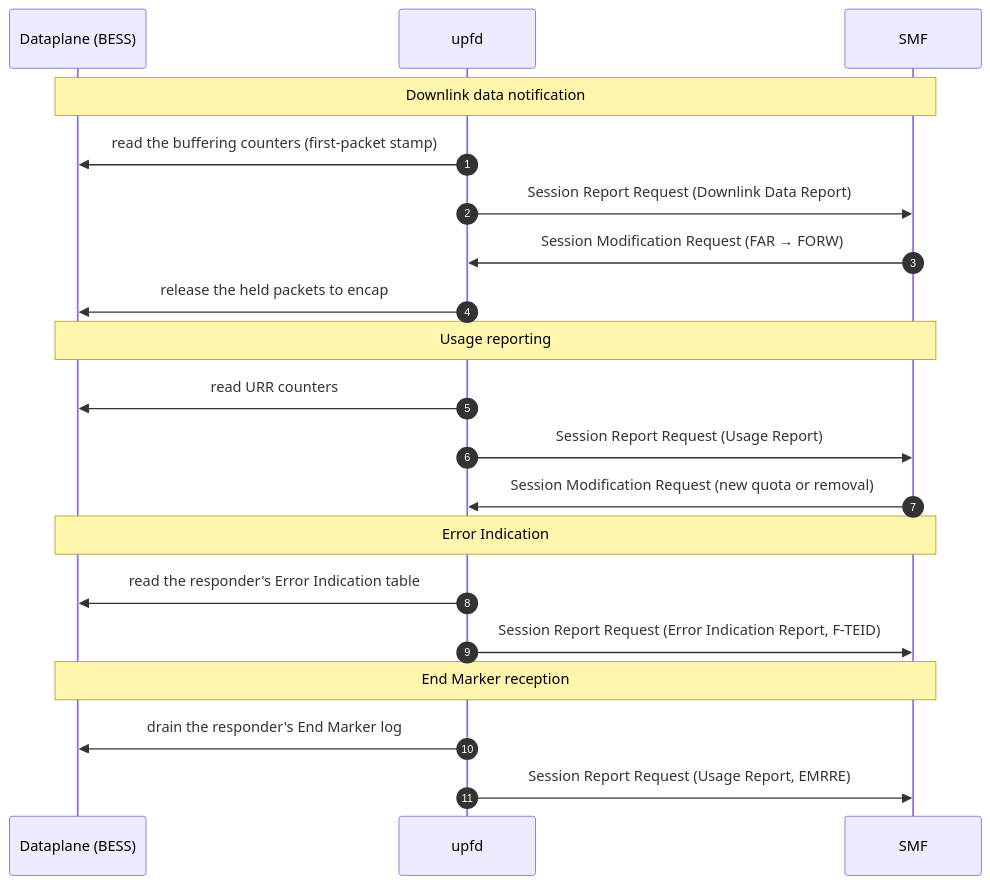
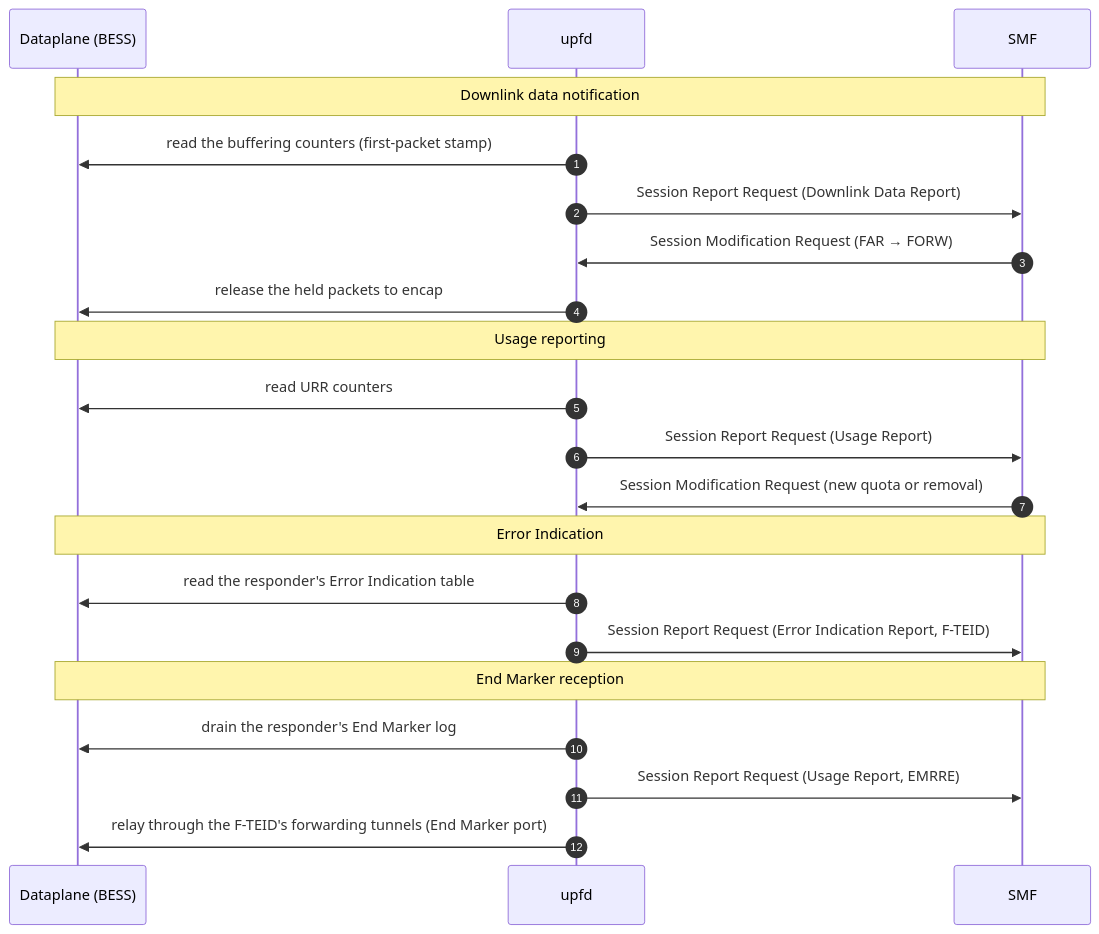
Before and after one commit to krsna1729/upf: the third of 4 diagrams in docs/design.md, drawn with Mermaid. The commit also changed other lines of this file and 7 other files, not shown here.

Commit message:
deploy, docs: End Marker relay in the deployment graph and claims

````diff
--- a/docs/design.md
+++ b/docs/design.md
@@ -77,26 +77,27 @@
 ```mermaid
 sequenceDiagram
     autonumber
     participant DP as Dataplane (BESS)
     participant UPFD as upfd
     participant SMF as SMF
 
     Note over DP,SMF: Downlink data notification
     UPFD->>DP: read the buffering counters (first-packet stamp)
     UPFD->>SMF: Session Report Request (Downlink Data Report)
     SMF->>UPFD: Session Modification Request (FAR → FORW)
     UPFD->>DP: release the held packets to encap
 
     Note over DP,SMF: Usage reporting
     UPFD->>DP: read URR counters
     UPFD->>SMF: Session Report Request (Usage Report)
     SMF->>UPFD: Session Modification Request (new quota or removal)
 
     Note over DP,SMF: Error Indication
     UPFD->>DP: read the responder's Error Indication table
     UPFD->>SMF: Session Report Request (Error Indication Report, F-TEID)
 
     Note over DP,SMF: End Marker reception
     UPFD->>DP: drain the responder's End Marker log
     UPFD->>SMF: Session Report Request (Usage Report, EMRRE)
+    UPFD->>DP: relay through the F-TEID's forwarding tunnels (End Marker port)
 ```
````
